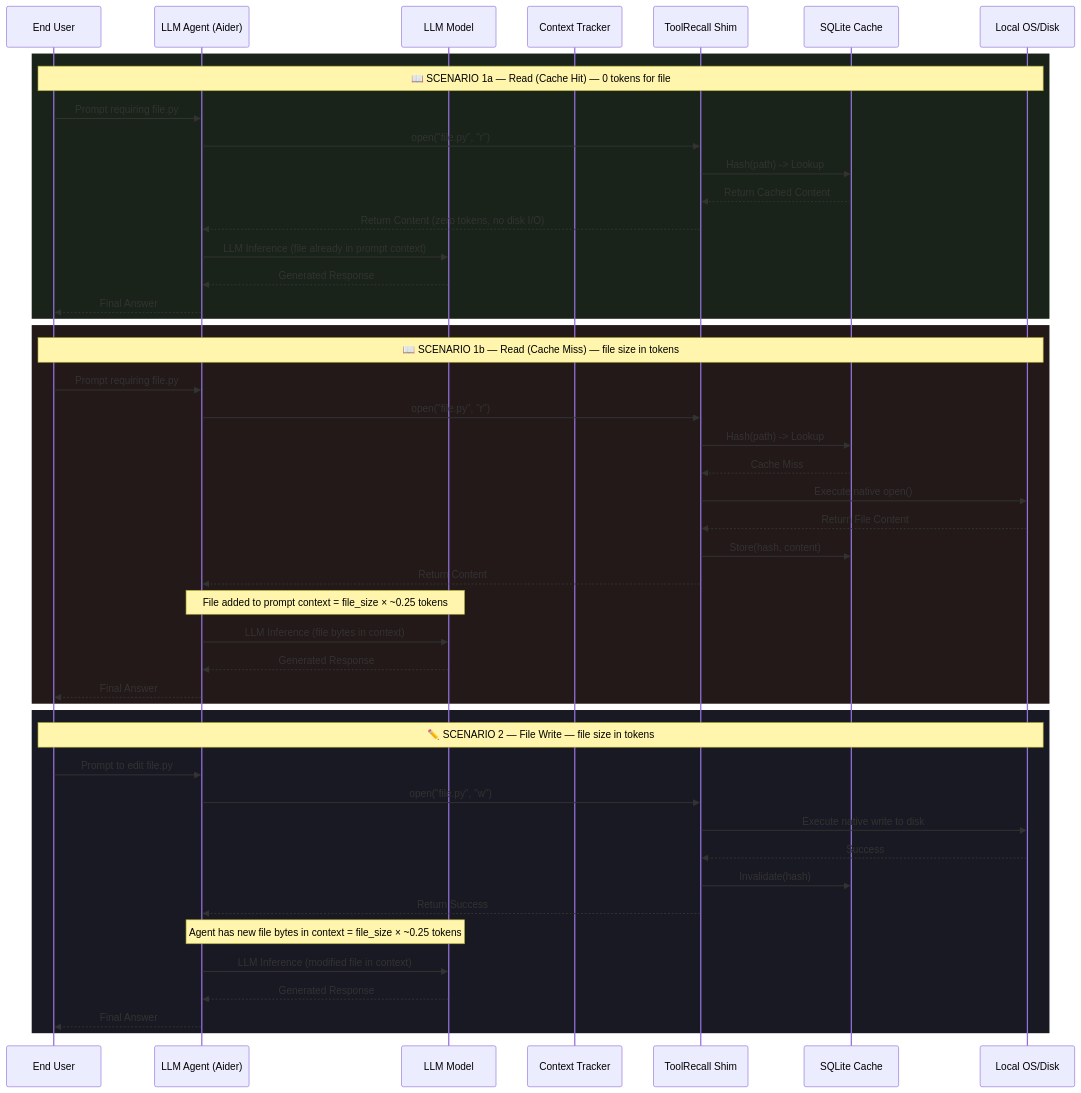
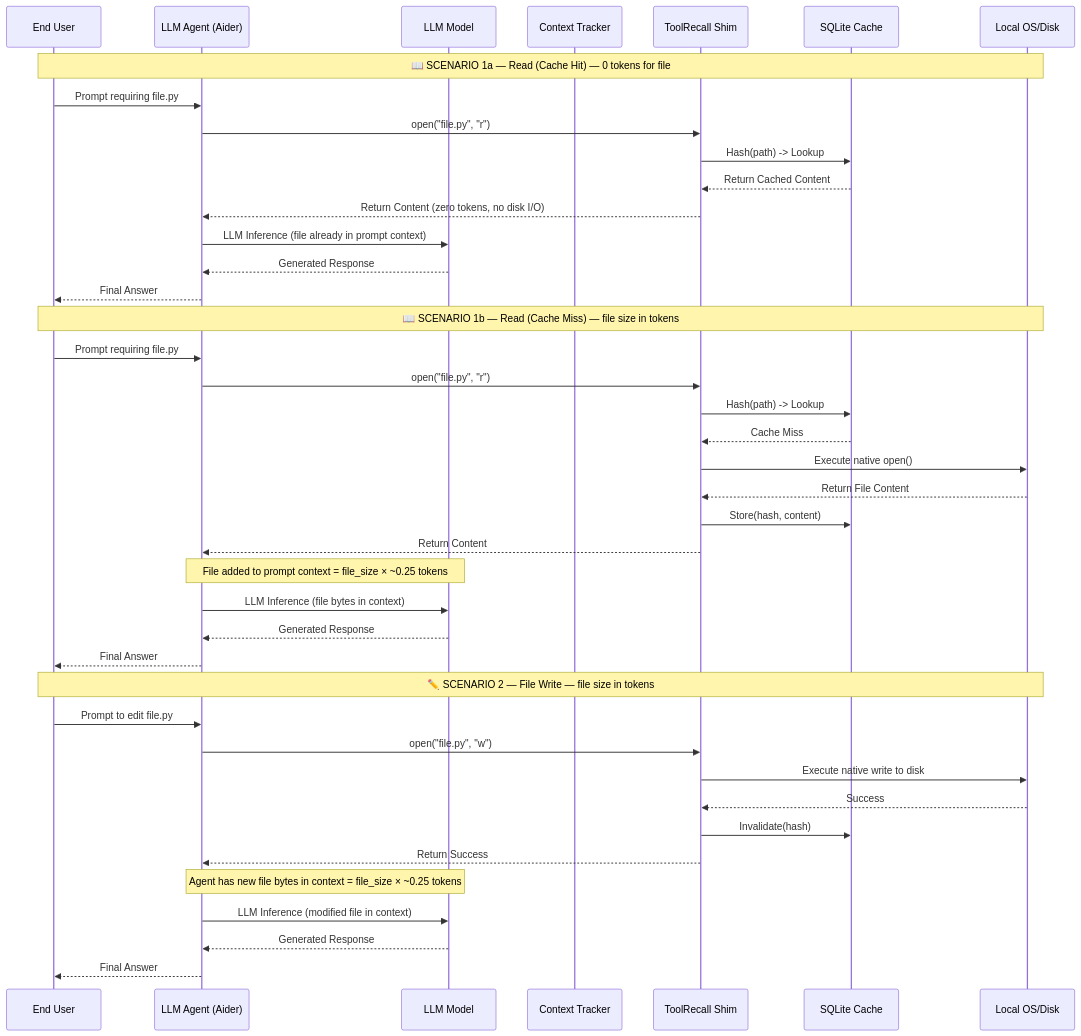
Before and after one commit to whiskybeer/toolrecall: the second of 2 diagrams in docs/ARCHITECTURE_DIAGRAM.md, drawn with Mermaid. The commit also changed 17 other files, not shown here.

````diff
--- a/docs/ARCHITECTURE_DIAGRAM.md
+++ b/docs/ARCHITECTURE_DIAGRAM.md
@@ -56,52 +56,46 @@
 ```mermaid
 sequenceDiagram
     participant User as End User
     participant Agent as LLM Agent (Aider)
     participant Model as LLM Model
     participant CT as Context Tracker
     participant Shim as ToolRecall Shim
     participant SQLite as SQLite Cache
     participant OS as Local OS/Disk
 
-    rect rgb(25, 35, 25)
     Note over User, OS: 📖 SCENARIO 1a — Read (Cache Hit) — 0 tokens for file
     User->>Agent: Prompt requiring file.py
     Agent->>Shim: open("file.py", "r")
     Shim->>SQLite: Hash(path) -> Lookup
     SQLite-->>Shim: Return Cached Content
     Shim-->>Agent: Return Content (zero tokens, no disk I/O)
     Agent->>Model: LLM Inference (file already in prompt context)
     Model-->>Agent: Generated Response
     Agent-->>User: Final Answer
-    end
 
-    rect rgb(35, 25, 25)
     Note over User, OS: 📖 SCENARIO 1b — Read (Cache Miss) — file size in tokens
     User->>Agent: Prompt requiring file.py
     Agent->>Shim: open("file.py", "r")
     Shim->>SQLite: Hash(path) -> Lookup
     SQLite-->>Shim: Cache Miss
     Shim->>OS: Execute native open()
     OS-->>Shim: Return File Content
     Shim->>SQLite: Store(hash, content)
     Shim-->>Agent: Return Content
     Note over Agent, Model: File added to prompt context = file_size × ~0.25 tokens
     Agent->>Model: LLM Inference (file bytes in context)
     Model-->>Agent: Generated Response
     Agent-->>User: Final Answer
-    end
 
-    rect rgb(25, 25, 35)
     Note over User, OS: ✏️ SCENARIO 2 — File Write — file size in tokens
     User->>Agent: Prompt to edit file.py
     Agent->>Shim: open("file.py", "w")
     Shim->>OS: Execute native write to disk
     OS-->>Shim: Success
     Shim->>SQLite: Invalidate(hash)
     Shim-->>Agent: Return Success
     Note over Agent, Model: Agent has new file bytes in context = file_size × ~0.25 tokens
     Agent->>Model: LLM Inference (modified file in context)
     Model-->>Agent: Generated Response
     Agent-->>User: Final Answer
-    end
 ```
````
